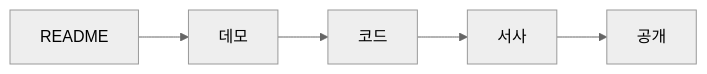
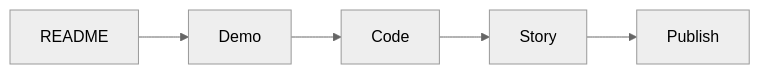
The diagram in content/portfolio-project-101/ko/10-portfolio-improvement-checklist.md (yeongseon-books/book-content), drawn with Mermaid (neutral theme) before and after one commit. The commit also changed other lines of this file and 9 other files, not shown here.

````diff
--- a/content/portfolio-project-101/ko/10-portfolio-improvement-checklist.md
+++ b/content/portfolio-project-101/ko/10-portfolio-improvement-checklist.md
@@ -48,7 +48,7 @@
 ```mermaid
 flowchart LR
-    R[README] --> D[데모]
-    D --> C[코드]
-    C --> S[서사]
-    S --> P[공개]
+    R[README] --> D[Demo]
+    D --> C[Code]
+    C --> S[Story]
+    S --> P[Publish]
 ```
````
